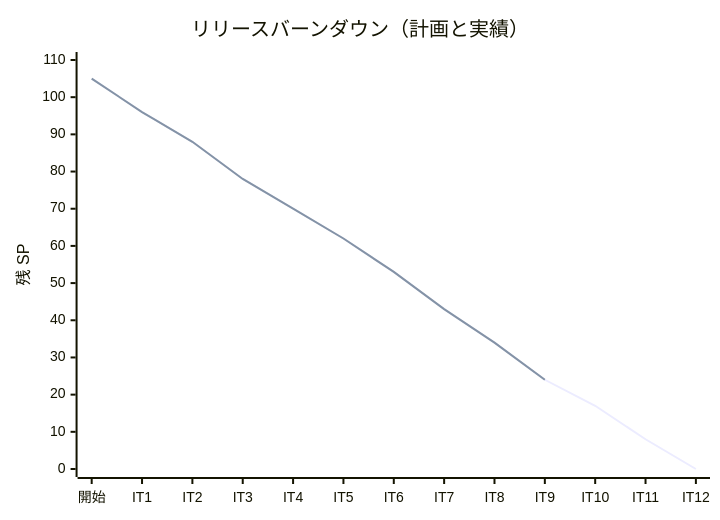
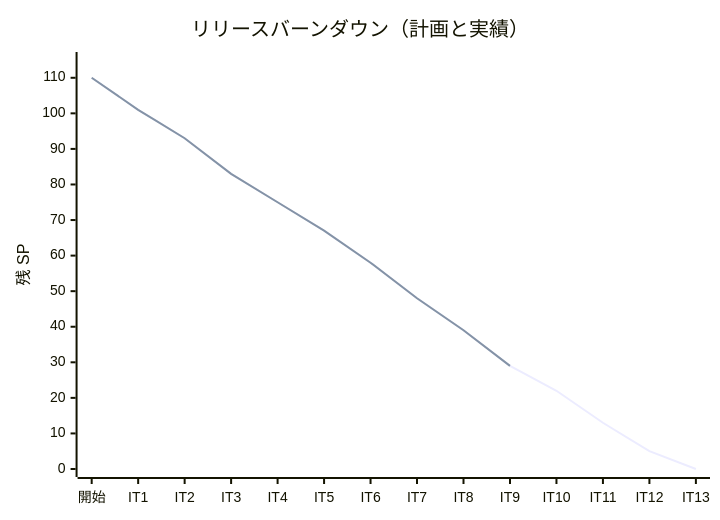
Before and after one commit to k2works/case-study-cargo-tracker: the second of 2 diagrams in docs/development/release_plan.md, drawn with Mermaid. The commit also changed other lines of this file and 1 other file, not shown here.

````diff
--- a/docs/development/release_plan.md
+++ b/docs/development/release_plan.md
@@ -480,8 +499,8 @@
 ```mermaid
 xychart-beta
     title "リリースバーンダウン（計画と実績）"
-    x-axis ["開始", "IT1", "IT2", "IT3", "IT4", "IT5", "IT6", "IT7", "IT8", "IT9", "IT10", "IT11", "IT12"]
-    y-axis "残 SP" 0 --> 110
-    line "計画" [105, 96, 88, 78, 70, 62, 53, 43, 34, 24, 17, 8, 0]
-    line "実績" [105, 96, 88, 78, 70, 62, 53, 43, 34, 24]
+    x-axis ["開始", "IT1", "IT2", "IT3", "IT4", "IT5", "IT6", "IT7", "IT8", "IT9", "IT10", "IT11", "IT12", "IT13"]
+    y-axis "残 SP" 0 --> 115
+    line "計画" [110, 101, 93, 83, 75, 67, 58, 48, 39, 29, 22, 13, 5, 0]
+    line "実績" [110, 101, 93, 83, 75, 67, 58, 48, 39, 29]
 ```
````
